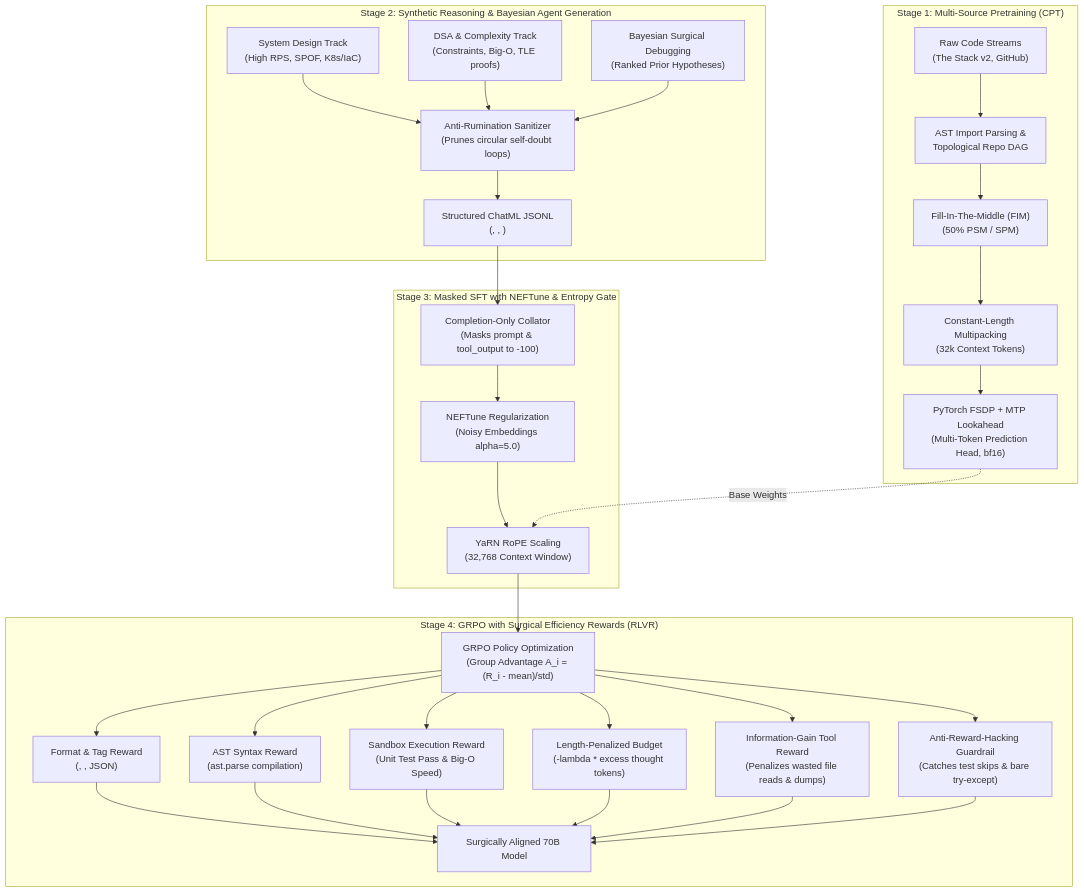
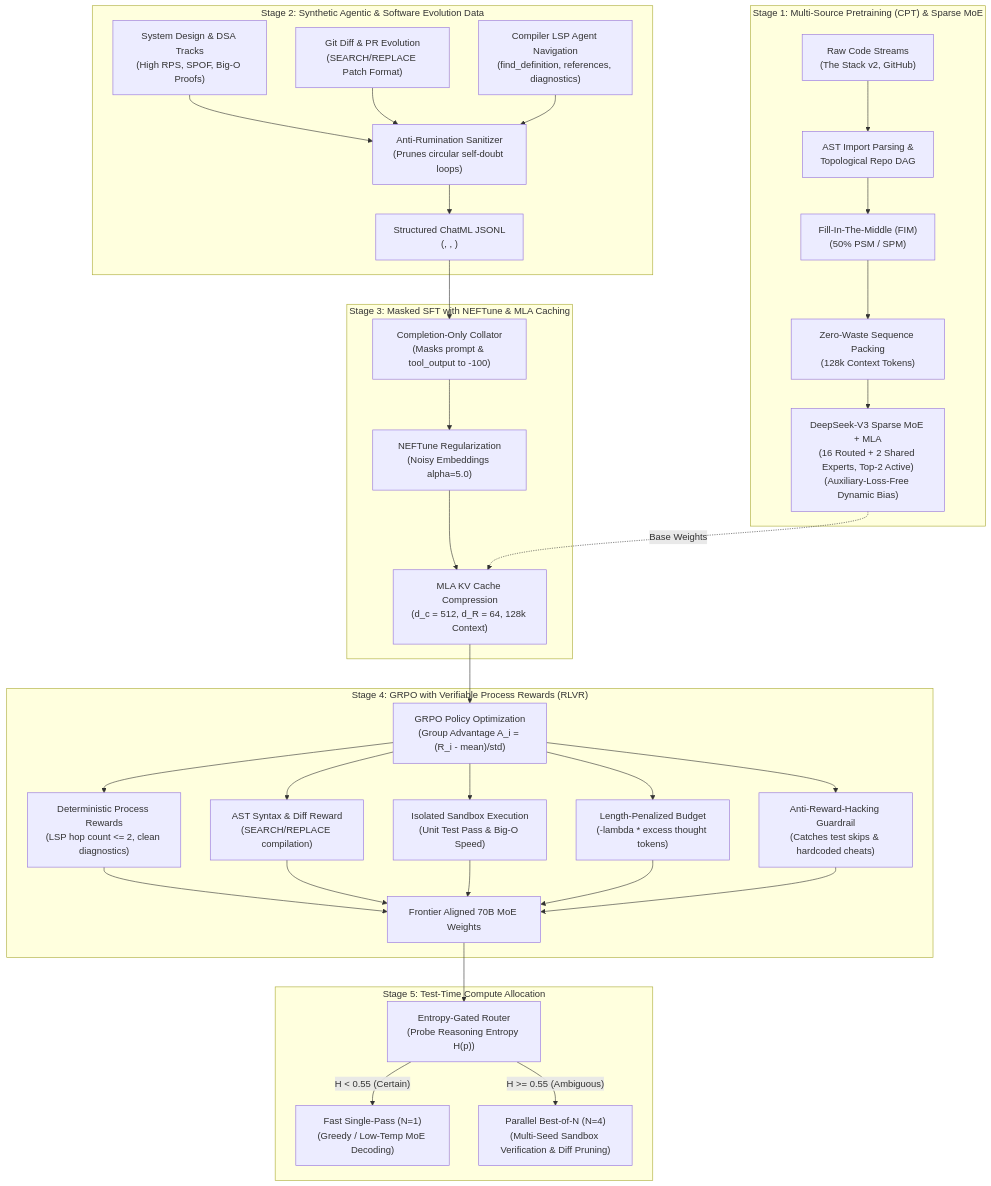
Before and after one commit to erexhost-lang/cadbury_chocolate_70b: the diagram in README.md, drawn with Mermaid. The commit also changed other lines of this file and 10 other files, not shown here.

Commit message:
Implement Cadbury-70B Frontier V2: Sparse MoE, MLA, Git Diff pipeline, LSP tools, and Entropy-Gated Best-of-N

````diff
--- a/README.md
+++ b/README.md
@@ -11,35 +11,40 @@
 ```mermaid
 flowchart TD
-    subgraph Stage1["Stage 1: Multi-Source Pretraining (CPT)"]
+    subgraph Stage1["Stage 1: Multi-Source Pretraining (CPT) & Sparse MoE"]
         A1["Raw Code Streams\n(The Stack v2, GitHub)"] --> A2["AST Import Parsing &\nTopological Repo DAG"]
         A2 --> A3["Fill-In-The-Middle (FIM)\n(50% PSM / SPM)"]
-        A3 --> A4["Constant-Length Multipacking\n(32k Context Tokens)"]
-        A4 --> A5["PyTorch FSDP + MTP Lookahead\n(Multi-Token Prediction Head, bf16)"]
+        A3 --> A4["Zero-Waste Sequence Packing\n(128k Context Tokens)"]
+        A4 --> A5["DeepSeek-V3 Sparse MoE + MLA\n(16 Routed + 2 Shared Experts, Top-2 Active)\n(Auxiliary-Loss-Free Dynamic Bias)"]
     end
 
-    subgraph Stage2["Stage 2: Synthetic Reasoning & Bayesian Agent Generation"]
-        B1["System Design Track\n(High RPS, SPOF, K8s/IaC)"]
-        B2["DSA & Complexity Track\n(Constraints, Big-O, TLE proofs)"]
-        B3["Bayesian Surgical Debugging\n(Ranked Prior Hypotheses)"]
+    subgraph Stage2["Stage 2: Synthetic Agentic & Software Evolution Data"]
+        B1["System Design & DSA Tracks\n(High RPS, SPOF, Big-O Proofs)"]
+        B2["Git Diff & PR Evolution\n(SEARCH/REPLACE Patch Format)"]
+        B3["Compiler LSP Agent Navigation\n(find_definition, references, diagnostics)"]
         B1 & B2 & B3 --> B4["Anti-Rumination Sanitizer\n(Prunes circular self-doubt loops)"]
         B4 --> B5["Structured ChatML JSONL\n(<think>, <hypothesis>, <tool_call>)"]
     end
 
-    subgraph Stage3["Stage 3: Masked SFT with NEFTune & Entropy Gate"]
+    subgraph Stage3["Stage 3: Masked SFT with NEFTune & MLA Caching"]
         B5 --> C1["Completion-Only Collator\n(Masks prompt & tool_output to -100)"]
         C1 --> C2["NEFTune Regularization\n(Noisy Embeddings alpha=5.0)"]
-        C2 --> C3["YaRN RoPE Scaling\n(32,768 Context Window)"]
+        C2 --> C3["MLA KV Cache Compression\n(d_c = 512, d_R = 64, 128k Context)"]
         A5 -. Base Weights .-> C3
     end
 
-    subgraph Stage4["Stage 4: GRPO with Surgical Efficiency Rewards (RLVR)"]
+    subgraph Stage4["Stage 4: GRPO with Verifiable Process Rewards (RLVR)"]
         C3 --> D1["GRPO Policy Optimization\n(Group Advantage A_i = (R_i - mean)/std)"]
-        D1 --> R1["Format & Tag Reward\n(<think>, <hypothesis>, JSON)"]
-        D1 --> R2["AST Syntax Reward\n(ast.parse compilation)"]
-        D1 --> R3["Sandbox Execution Reward\n(Unit Test Pass & Big-O Speed)"]
+        D1 --> R1["Deterministic Process Rewards\n(LSP hop count <= 2, clean diagnostics)"]
+        D1 --> R2["AST Syntax & Diff Reward\n(SEARCH/REPLACE compilation)"]
+        D1 --> R3["Isolated Sandbox Execution\n(Unit Test Pass & Big-O Speed)"]
         D1 --> R4["Length-Penalized Budget\n(-lambda * excess thought tokens)"]
-        D1 --> R5["Information-Gain Tool Reward\n(Penalizes wasted file reads & dumps)"]
-        D1 --> R6["Anti-Reward-Hacking Guardrail\n(Catches test skips & bare try-except)"]
-        R1 & R2 & R3 & R4 & R5 & R6 --> D2["Surgically Aligned 70B Model"]
+        D1 --> R5["Anti-Reward-Hacking Guardrail\n(Catches test skips & hardcoded cheats)"]
+        R1 & R2 & R3 & R4 & R5 --> D2["Frontier Aligned 70B MoE Weights"]
+    end
+
+    subgraph Stage5["Stage 5: Test-Time Compute Allocation"]
+        D2 --> E1["Entropy-Gated Router\n(Probe Reasoning Entropy H(p))"]
+        E1 -- "H < 0.55 (Certain)" --> E2["Fast Single-Pass (N=1)\n(Greedy / Low-Temp MoE Decoding)"]
+        E1 -- "H >= 0.55 (Ambiguous)" --> E3["Parallel Best-of-N (N=4)\n(Multi-Seed Sandbox Verification & Diff Pruning)"]
     end
 ```
````
